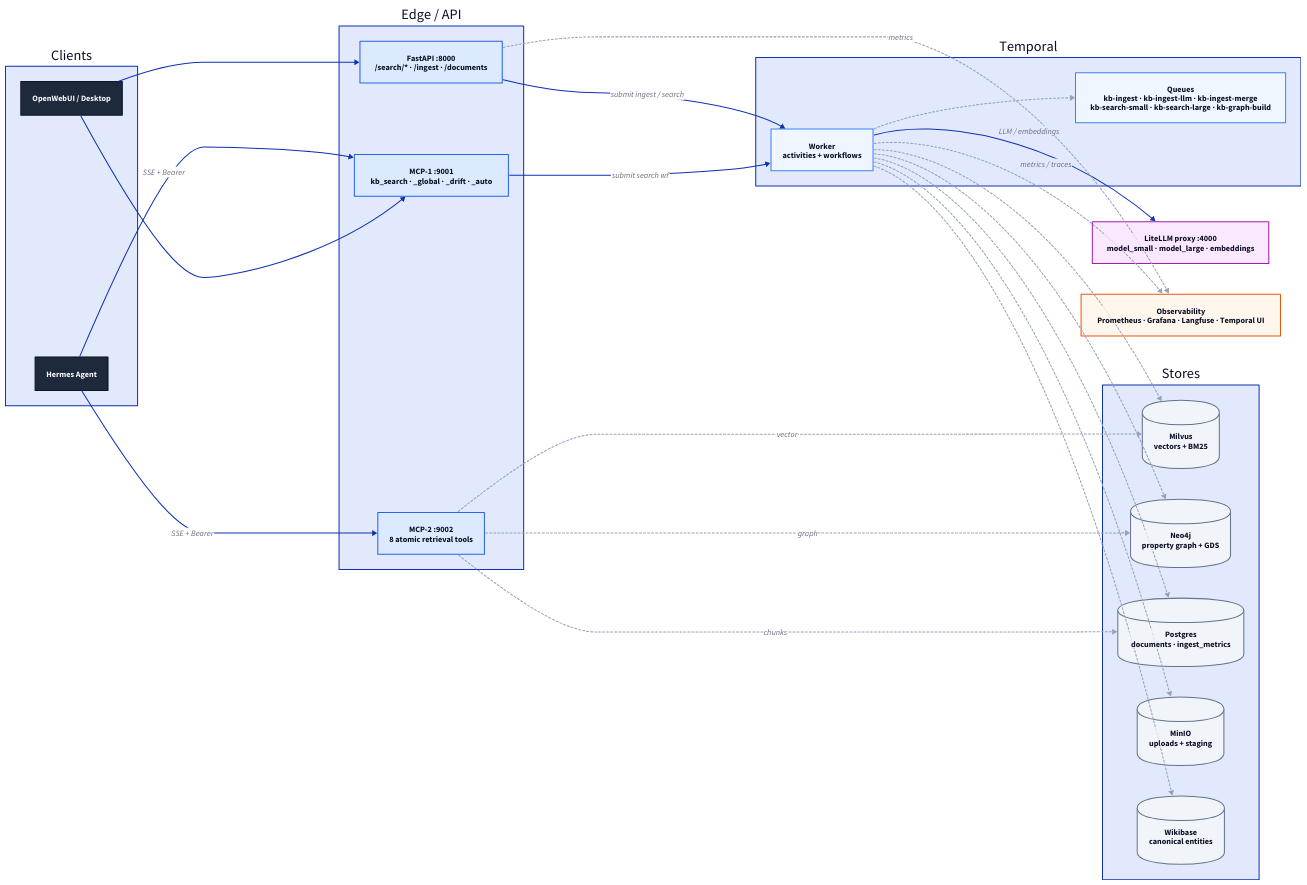
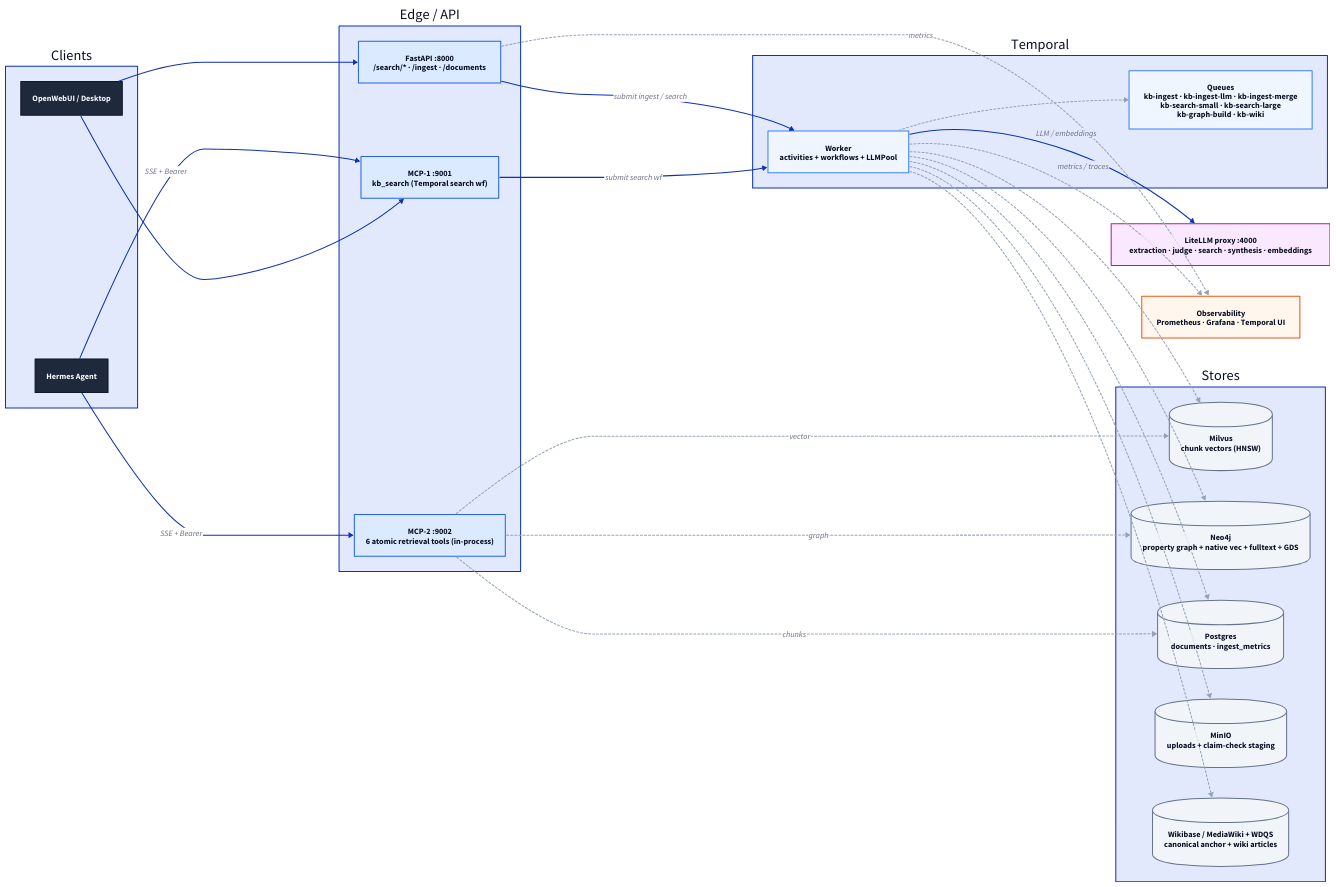
Before and after one commit to a-tsitanov/agent_v2: the diagram in docs/diagrams/system_architecture.d2, drawn with D2. The commit also changed 15 other files, not shown here.

```diff
--- a/docs/diagrams/system_architecture.d2
+++ b/docs/diagrams/system_architecture.d2
@@ -1,62 +1,62 @@
 # kb-llamaindex — system architecture (container view)
 direction: right
 
 classes: {
   ext:   { style: { fill: "#1e293b"; font-color: "#f8fafc"; stroke: "#0f172a"; bold: true } }
   edge:  { style: { fill: "#dbeafe"; stroke: "#2563eb" } }
   comp:  { style: { fill: "#eff6ff"; stroke: "#3b82f6" } }
   llm:   { style: { fill: "#fae8ff"; stroke: "#a21caf" } }
   store: { shape: cylinder; style: { fill: "#f1f5f9"; stroke: "#64748b" } }
   obs:   { style: { fill: "#fff7ed"; stroke: "#ea580c" } }
   thin:  { style: { stroke: "#94a3b8"; stroke-dash: 2 } }
 }
 
 clients: "Clients" {
   hermes: "Hermes Agent" { class: ext }
   owui: "OpenWebUI / Desktop" { class: ext }
 }
 
 edge: "Edge / API" {
   api: "FastAPI :8000\n/search/* · /ingest · /documents" { class: edge }
-  mcp1: "MCP-1 :9001\nkb_search · _global · _drift · _auto" { class: edge }
-  mcp2: "MCP-2 :9002\n8 atomic retrieval tools" { class: edge }
+  mcp1: "MCP-1 :9001\nkb_search (Temporal search wf)" { class: edge }
+  mcp2: "MCP-2 :9002\n6 atomic retrieval tools (in-process)" { class: edge }
 }
 
 temporal: "Temporal" {
-  worker: "Worker\nactivities + workflows" { class: comp }
-  q: "Queues\nkb-ingest · kb-ingest-llm · kb-ingest-merge\nkb-search-small · kb-search-large · kb-graph-build" { class: comp }
+  worker: "Worker\nactivities + workflows + LLMPool" { class: comp }
+  q: "Queues\nkb-ingest · kb-ingest-llm · kb-ingest-merge\nkb-search-small · kb-search-large\nkb-graph-build · kb-wiki" { class: comp }
   worker -> q: "" { class: thin }
 }
 
-litellm: "LiteLLM proxy :4000\nmodel_small · model_large · embeddings" { class: llm }
+litellm: "LiteLLM proxy :4000\nextraction · judge · search · synthesis · embeddings" { class: llm }
 
 stores: "Stores" {
-  milvus: "Milvus\nvectors + BM25" { class: store }
-  neo4j: "Neo4j\nproperty graph + GDS" { class: store }
+  milvus: "Milvus\nchunk vectors (HNSW)" { class: store }
+  neo4j: "Neo4j\nproperty graph + native vec + fulltext + GDS" { class: store }
   pg: "Postgres\ndocuments · ingest_metrics" { class: store }
-  minio: "MinIO\nuploads + staging" { class: store }
-  wiki: "Wikibase\ncanonical entities" { class: store }
+  minio: "MinIO\nuploads + claim-check staging" { class: store }
+  wiki: "Wikibase / MediaWiki + WDQS\ncanonical anchor + wiki articles" { class: store }
 }
 
-obs: "Observability\nPrometheus · Grafana · Langfuse · Temporal UI" { class: obs }
+obs: "Observability\nPrometheus · Grafana · Temporal UI" { class: obs }
 
 clients.hermes -> edge.mcp1: "SSE + Bearer"
 clients.hermes -> edge.mcp2: "SSE + Bearer"
 clients.owui -> edge.mcp1
 clients.owui -> edge.api
 
 edge.api -> temporal.worker: "submit ingest / search"
 edge.mcp1 -> temporal.worker: "submit search wf"
 edge.mcp2 -> stores.milvus: "vector" { class: thin }
 edge.mcp2 -> stores.neo4j: "graph" { class: thin }
 edge.mcp2 -> stores.pg: "chunks" { class: thin }
 
 temporal.worker -> litellm: "LLM / embeddings"
 temporal.worker -> stores.milvus { class: thin }
 temporal.worker -> stores.neo4j { class: thin }
 temporal.worker -> stores.pg { class: thin }
 temporal.worker -> stores.minio { class: thin }
 temporal.worker -> stores.wiki { class: thin }
 
 temporal.worker -> obs: "metrics / traces" { class: thin }
 edge.api -> obs: "metrics" { class: thin }
```
